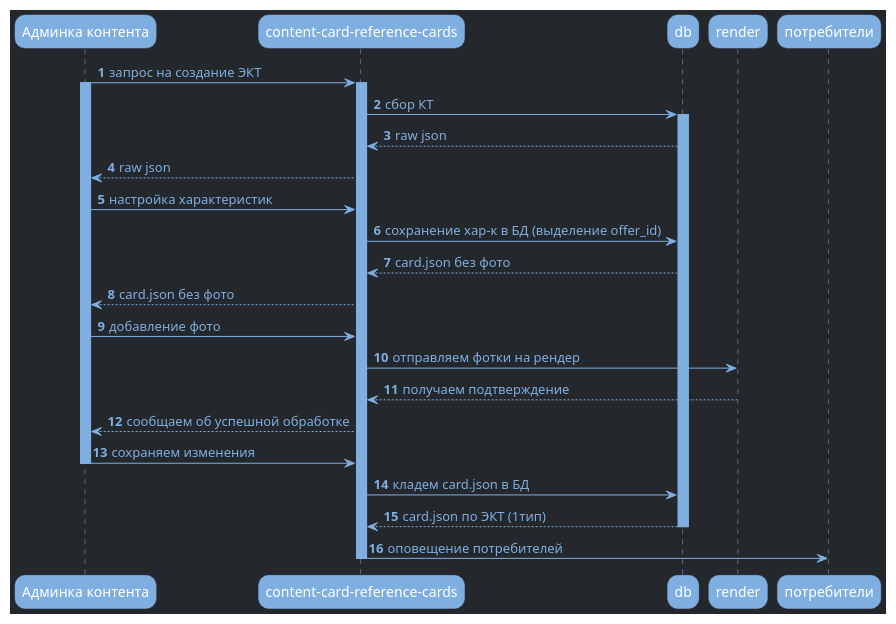
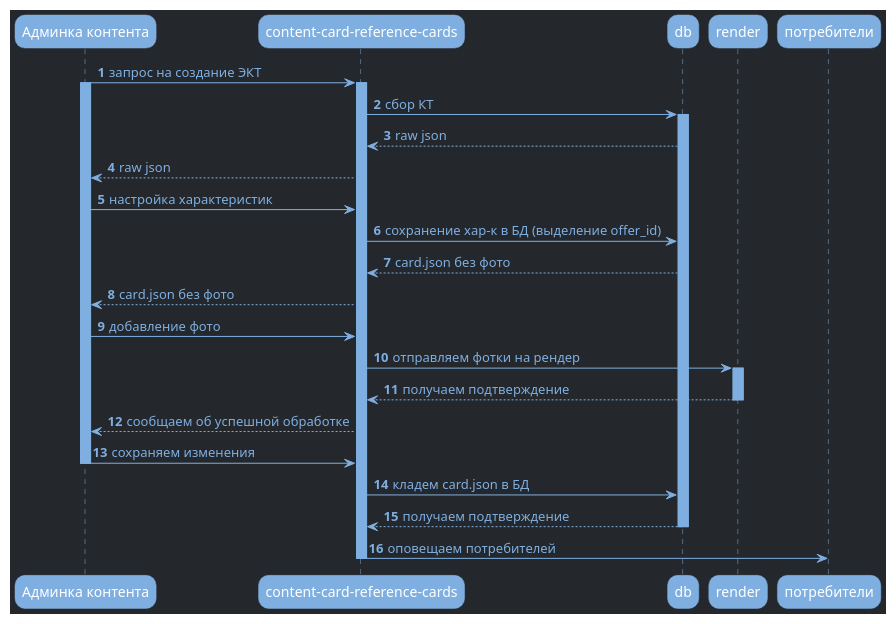
Before and after one commit to edfromomsk/mkt: the diagram in createEKT.puml, drawn with PlantUML.

Commit message:
внесены исправления

```diff
--- a/createEKT.puml
+++ b/createEKT.puml
@@ -1,46 +1,48 @@
 @startuml
 skinparam DefaultFontColor #7fafe1
 skinparam BackgroundColor #24272b
 skinparam roundcorner 20
 
 skinparam sequence {
     ArrowColor #7fafe1
     LifeLineBorderColor #7fafe1 
     LifeLineBackgroundColor #7fafe1
     ParticipantBorderColor #7fafe1 
     ParticipantBackgroundColor #7fafe1 
     ParticipantFontColor white
 
     ActorBorderColor #7fafe1 
     ActorBackgroundColor #7fafe1
 }
 autonumber
 
 participant "Админка контента" as admin
 participant "content-card-reference-cards" as ccrc
 
 admin -> ccrc: запрос на создание ЭКТ
 activate admin
 activate ccrc
 ccrc -> db: сбор КТ
 activate db
 db --> ccrc: raw json
 
 ccrc --> admin: raw json
 admin -> ccrc: настройка характеристик
 ccrc -> db: сохранение хар-к в БД (выделение offer_id)
 db --> ccrc: card.json без фото
 ccrc --> admin: card.json без фото
 admin -> ccrc: добавление фото
 ccrc -> render: отправляем фотки на рендер
+activate render
 render --> ccrc: получаем подтверждение
+deactivate render
 ccrc --> admin: сообщаем об успешной обработке
 admin -> ccrc: сохраняем изменения
 deactivate admin
 ccrc -> db: кладем card.json в БД
-db --> ccrc: card.json по ЭКТ (1тип)
+db --> ccrc: получаем подтверждение
 deactivate db
-ccrc -> потребители: оповещение потребителей
+ccrc -> потребители: оповещаем потребителей
 deactivate ccrc
 
 @enduml
```
